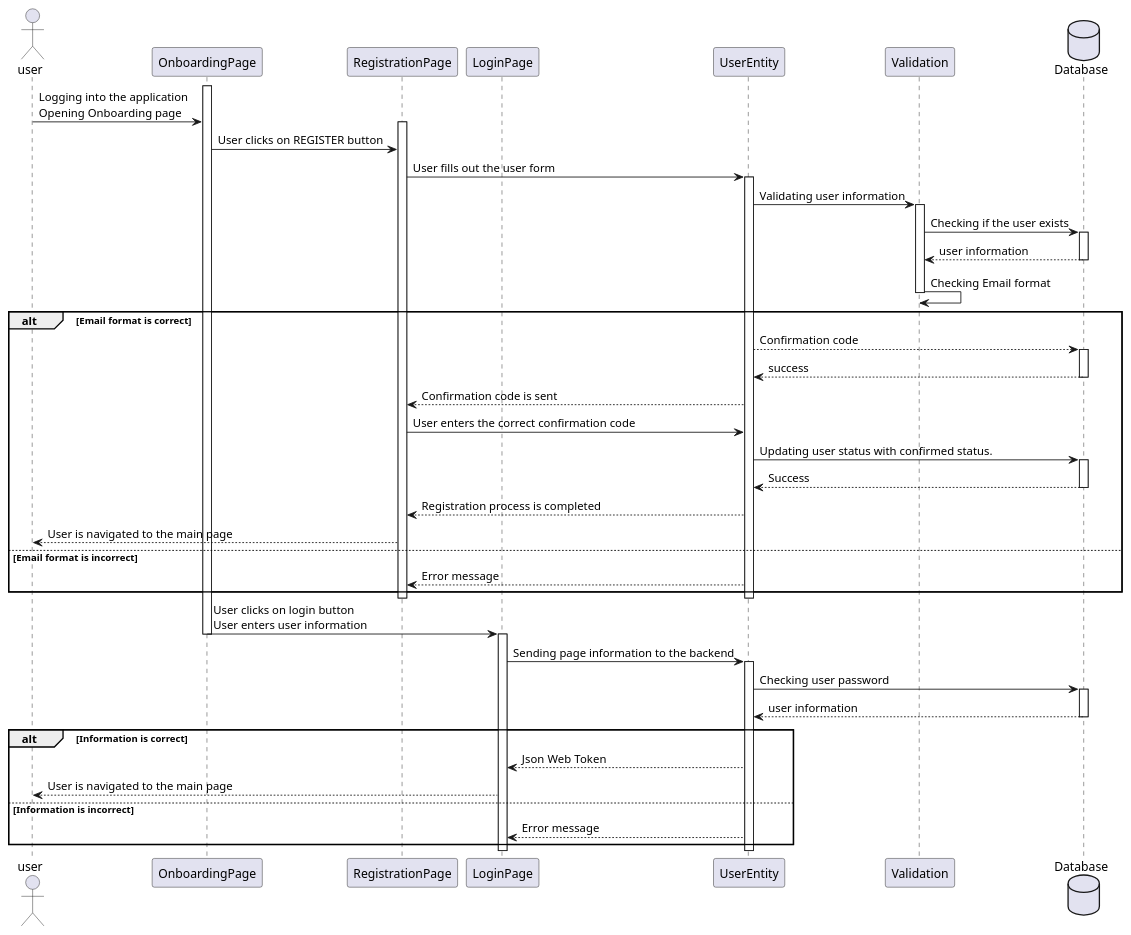
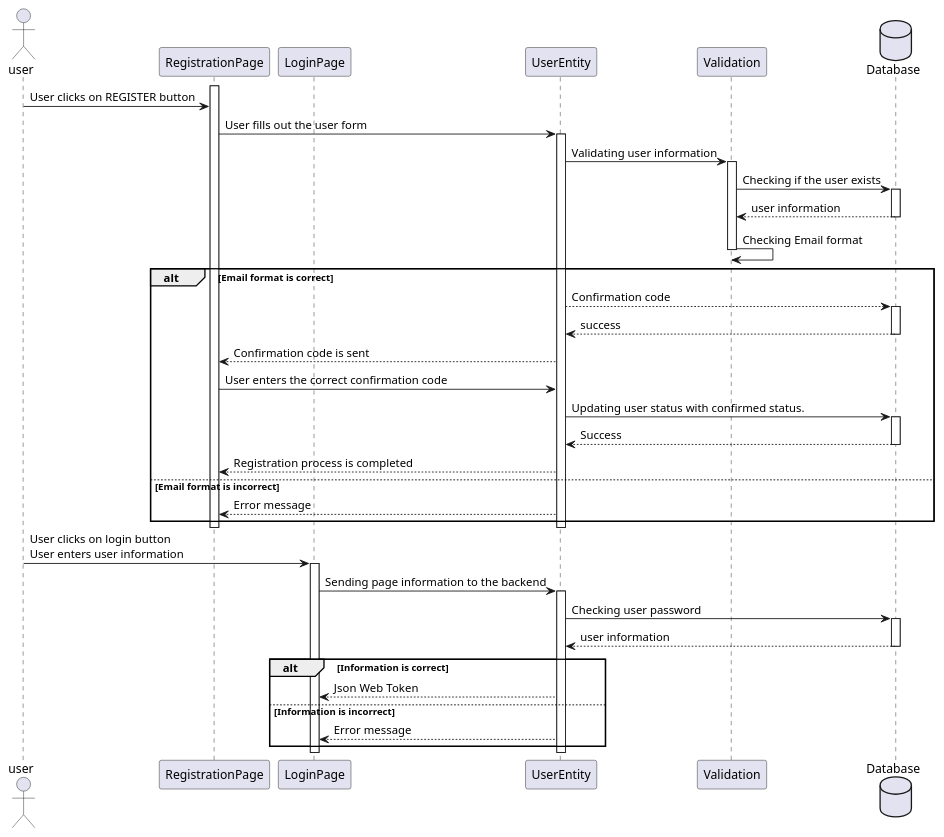
Before and after one commit to bartucank/mlm: the diagram in docs/umlDiagrams/Sequence Diagrams/Onboarding.puml, drawn with PlantUML. The commit also changed 24 other files, not shown here.

```diff
--- a/docs/umlDiagrams/Sequence Diagrams/Onboarding.puml
+++ b/docs/umlDiagrams/Sequence Diagrams/Onboarding.puml
@@ -1,65 +1,60 @@
 @startuml
 actor user as User
-participant OnboardingPage as OnboardingPage
 participant RegistrationPage as RegistrationPage
 participant LoginPage as LoginPage
 participant UserEntity as UserEntity
 participant Validation as Validation
 database Database
 
-activate OnboardingPage
-User -> OnboardingPage: Logging into the application\nOpening Onboarding page
 activate RegistrationPage
 
-OnboardingPage -> RegistrationPage: User clicks on REGISTER button
+User -> RegistrationPage: User clicks on REGISTER button
 RegistrationPage -> UserEntity: User fills out the user form
 activate UserEntity
 
 UserEntity -> Validation: Validating user information 
 activate Validation
 Validation -> Database: Checking if the user exists
 activate Database
 Database --> Validation:  user information
 deactivate Database
 
 Validation -> Validation : Checking Email format
 
 deactivate Validation
 
 alt Email format is correct
     UserEntity --> Database:  Confirmation code
     activate Database
     Database --> UserEntity: success
     deactivate Database
     UserEntity --> RegistrationPage: Confirmation code is sent
     RegistrationPage -> UserEntity: User enters the correct confirmation code
     UserEntity -> Database: Updating user status with confirmed status.
     activate Database
     Database --> UserEntity: Success
     deactivate Database
     UserEntity --> RegistrationPage: Registration process is completed
-    RegistrationPage --> User: User is navigated to the main page
 else Email format is incorrect
     UserEntity --> RegistrationPage: Error message
 end
 deactivate UserEntity
 deactivate RegistrationPage
 
-OnboardingPage -> LoginPage: User clicks on login button\nUser enters user information
-deactivate OnboardingPage
+User -> LoginPage: User clicks on login button\nUser enters user information
+
 activate LoginPage
 LoginPage -> UserEntity: Sending page information to the backend
 activate UserEntity
 UserEntity -> Database: Checking user password
 activate Database
 Database --> UserEntity:  user information
 deactivate Database
 alt Information is correct
     UserEntity --> LoginPage: Json Web Token 
-    LoginPage --> User: User is navigated to the main page
 else Information is incorrect
     UserEntity --> LoginPage: Error message 
 end
 deactivate UserEntity
 deactivate LoginPage
 @enduml
```
